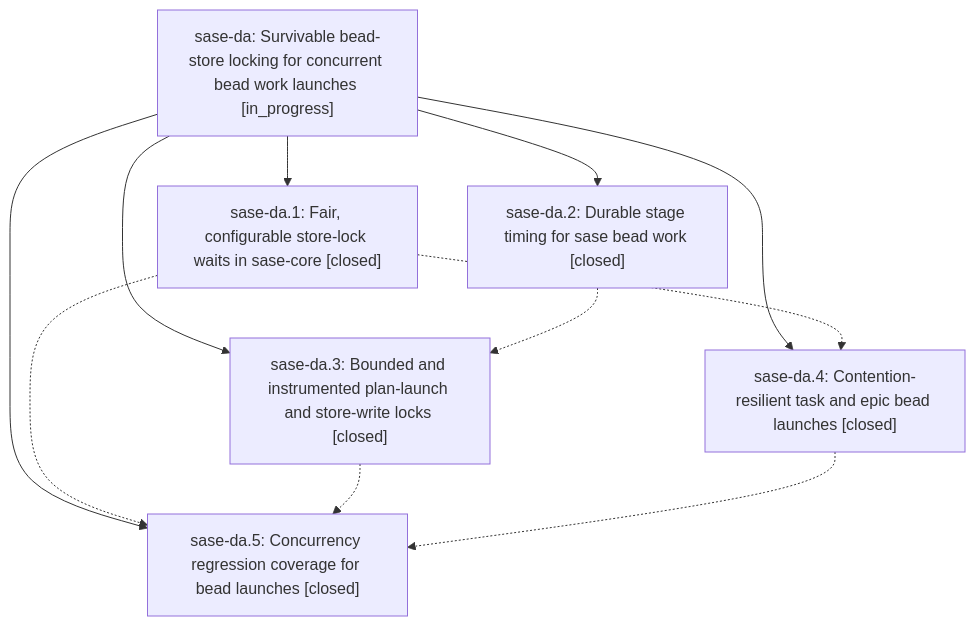
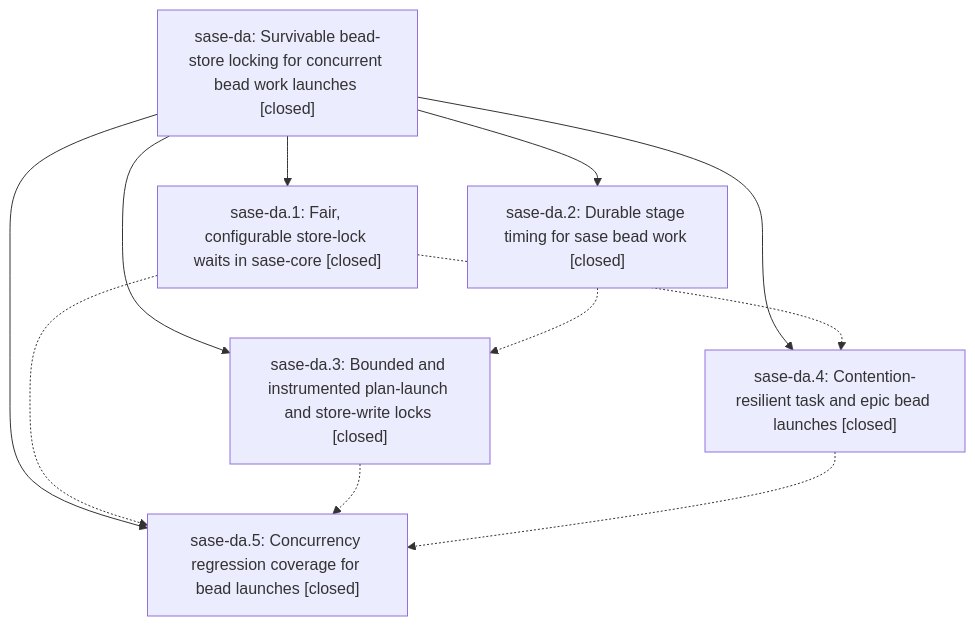
The diagram in pages/sase-da/README.md (sase-org/sase--beads), drawn with Mermaid before and after one commit. The commit also changed other lines of this file, not shown here.

First line of the commit message:
chore(beads): sync bead state and pages for sase-da

````diff
--- a/pages/sase-da/README.md
+++ b/pages/sase-da/README.md
@@ -26,19 +30,19 @@
 ```mermaid
 flowchart TD
-    n0["sase-da: Survivable bead-store locking for concurrent bead work launches [in_progress]"]
+    n0["sase-da: Survivable bead-store locking for concurrent bead work launches [closed]"]
     n1["sase-da.1: Fair, configurable store-lock waits in sase-core [closed]"]
     n2["sase-da.2: Durable stage timing for sase bead work [closed]"]
     n3["sase-da.3: Bounded and instrumented plan-launch and store-write locks [closed]"]
     n4["sase-da.4: Contention-resilient task and epic bead launches [closed]"]
     n5["sase-da.5: Concurrency regression coverage for bead launches [closed]"]
     n0 --> n1
     n0 --> n2
     n0 --> n3
     n0 --> n4
     n0 --> n5
     n1 -.-> n4
     n1 -.-> n5
     n2 -.-> n3
     n3 -.-> n5
     n4 -.-> n5
 ```
````
